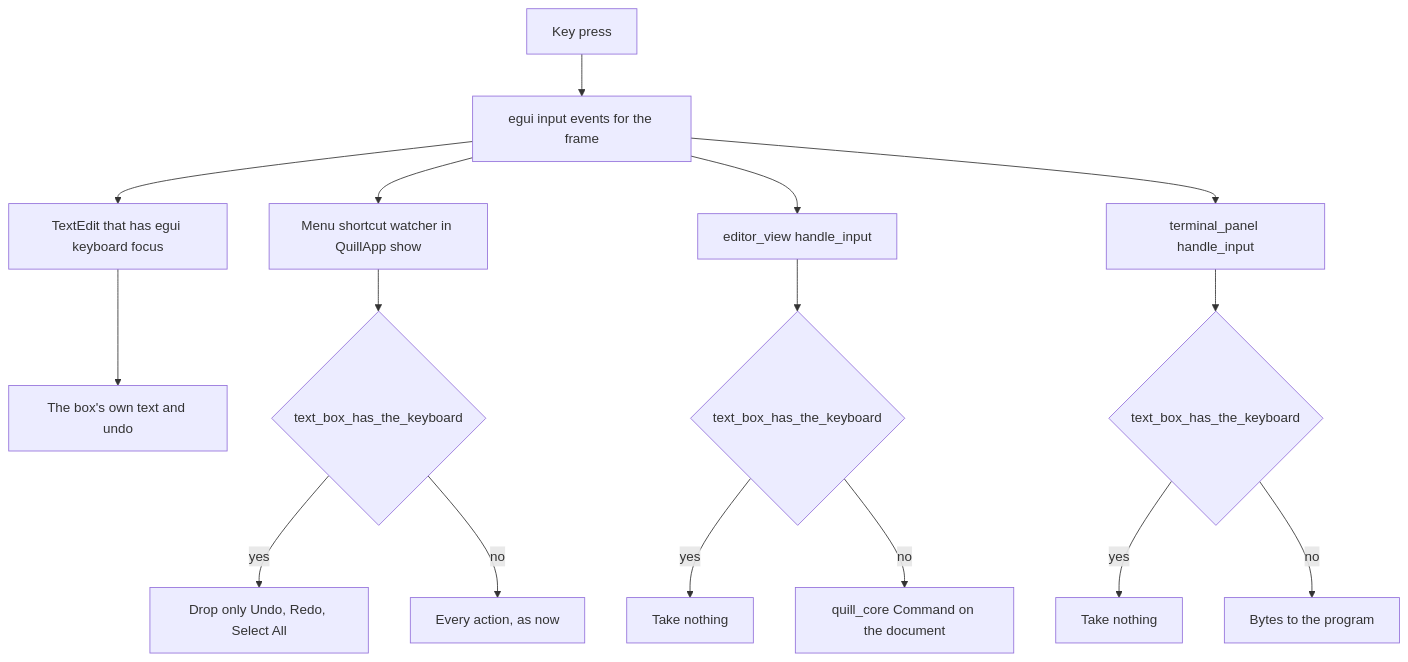
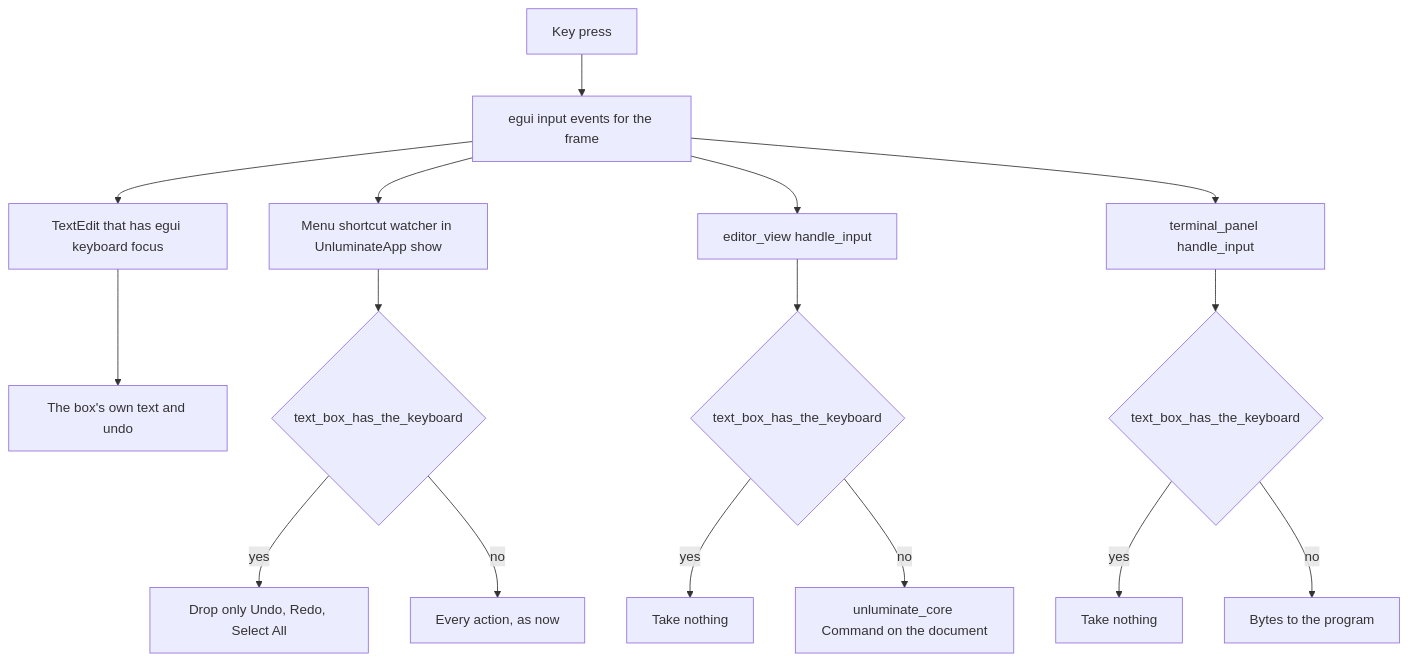
One commit to Black-Rainbow-Labs/Unluminous changed the diagram in tasks/task-1656-keyboard-focus-tdd.md. Above: the diagram before and after it, drawn with Mermaid. The commit also changed other lines of this file and 1291 other files, not shown here.

First line of the commit message:
task-1800: rename Quill to Unluminate

````diff
--- a/tasks/task-1656-keyboard-focus-tdd.md
+++ b/tasks/task-1656-keyboard-focus-tdd.md
@@ -72,21 +72,21 @@
 ```mermaid
 flowchart TD
     OS[Key press] --> RAW[egui input events for the frame]
     RAW --> TE[TextEdit that has egui keyboard focus]
-    RAW --> SC[Menu shortcut watcher in QuillApp show]
+    RAW --> SC[Menu shortcut watcher in UnluminateApp show]
     RAW --> ED[editor_view handle_input]
     RAW --> TERM[terminal_panel handle_input]
 
     TE --> BOX[The box's own text and undo]
 
     SC --> Q1{text_box_has_the_keyboard}
     ED --> Q2{text_box_has_the_keyboard}
     TERM --> Q3{text_box_has_the_keyboard}
 
     Q1 -->|yes| DROP1[Drop only Undo, Redo, Select All]
     Q1 -->|no| ACT[Every action, as now]
     Q2 -->|yes| DROP2[Take nothing]
-    Q2 -->|no| DOC[quill_core Command on the document]
+    Q2 -->|no| DOC[unluminate_core Command on the document]
     Q3 -->|yes| DROP3[Take nothing]
     Q3 -->|no| PTY[Bytes to the program]
 ```
````
